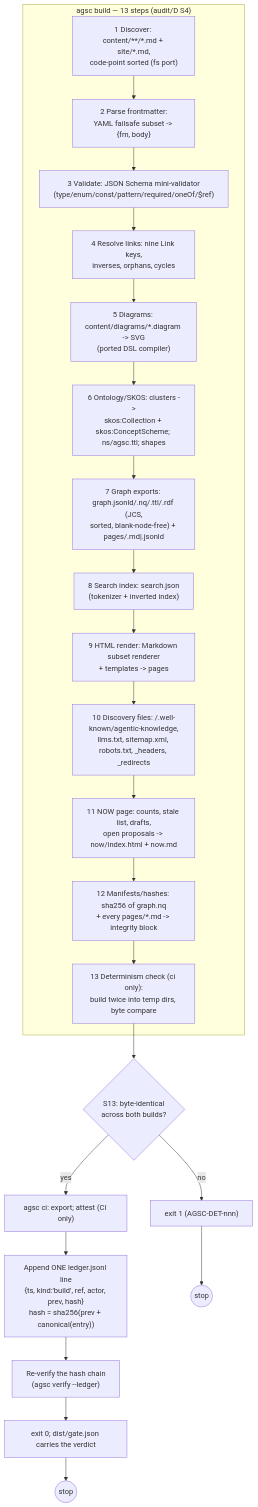
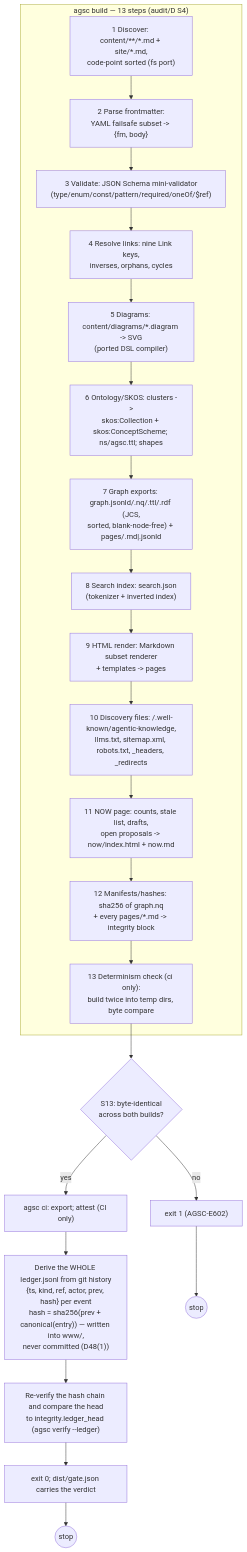
The diagram in docs/diagrams/algo-build-pipeline.md (andreibesleaga/agentic-system-core), drawn with Mermaid before and after one commit. The commit also changed other lines of this file and 41 other files, not shown here.

````diff
--- a/docs/diagrams/algo-build-pipeline.md
+++ b/docs/diagrams/algo-build-pipeline.md
@@ -3,30 +3,30 @@
 ```mermaid
 flowchart TD
   subgraph BUILD["agsc build — 13 steps (audit/D S4)"]
     S1["1 Discover: content/**/*.md + site/*.md,\ncode-point sorted (fs port)"]
     S2["2 Parse frontmatter:\nYAML failsafe subset -> {fm, body}"]
     S3["3 Validate: JSON Schema mini-validator\n(type/enum/const/pattern/required/oneOf/$ref)"]
     S4["4 Resolve links: nine Link keys,\ninverses, orphans, cycles"]
     S5["5 Diagrams: content/diagrams/*.diagram -> SVG\n(ported DSL compiler)"]
     S6["6 Ontology/SKOS: clusters ->\nskos:Collection + skos:ConceptScheme; ns/agsc.ttl; shapes"]
     S7["7 Graph exports: graph.jsonld/.nq/.ttl/.rdf (JCS,\nsorted, blank-node-free) + pages/<slug>.md|.jsonld"]
     S8["8 Search index: search.json\n(tokenizer + inverted index)"]
     S9["9 HTML render: Markdown subset renderer\n+ templates -> pages"]
     S10["10 Discovery files: /.well-known/agentic-knowledge,\nllms.txt, sitemap.xml, robots.txt, _headers, _redirects"]
     S11["11 NOW page: counts, stale list, drafts,\nopen proposals -> now/index.html + now.md"]
     S12["12 Manifests/hashes: sha256 of graph.nq\n+ every pages/*.md -> integrity block"]
     S13["13 Determinism check (ci only):\nbuild twice into temp dirs, byte compare"]
     S1 --> S2 --> S3 --> S4 --> S5 --> S6 --> S7 --> S8 --> S9 --> S10 --> S11 --> S12 --> S13
   end
 
   DIFF{"S13: byte-identical\nacross both builds?"}
   S13 --> DIFF
-  DIFF -- "no" --> FAIL1["exit 1 (AGSC-DET-nnn)"]
+  DIFF -- "no" --> FAIL1["exit 1 (AGSC-E602)"]
   DIFF -- "yes" --> EXPORT["agsc ci: export; attest (CI only)"]
-  EXPORT --> LEDGER["Append ONE ledger.jsonl line\n{ts, kind:'build', ref, actor, prev, hash}\nhash = sha256(prev + canonical(entry))"]
-  LEDGER --> REVERIFY["Re-verify the hash chain\n(agsc verify --ledger)"]
+  EXPORT --> LEDGER["Derive the WHOLE ledger.jsonl from git history\n{ts, kind, ref, actor, prev, hash} per event\nhash = sha256(prev + canonical(entry)) — written into www/,\nnever committed (D48(1))"]
+  LEDGER --> REVERIFY["Re-verify the hash chain and compare the head\nto integrity.ledger_head (agsc verify --ledger)"]
   REVERIFY --> GATE["exit 0; dist/gate.json carries the verdict"]
 
   FAIL1 --> DONE1(("stop"))
   GATE --> DONE2(("stop"))
 ```
````
